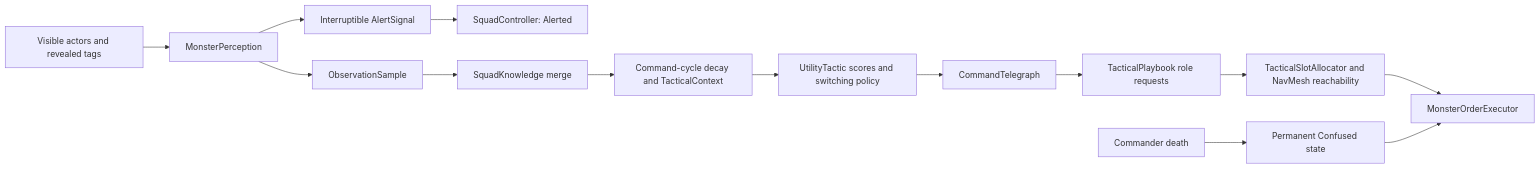
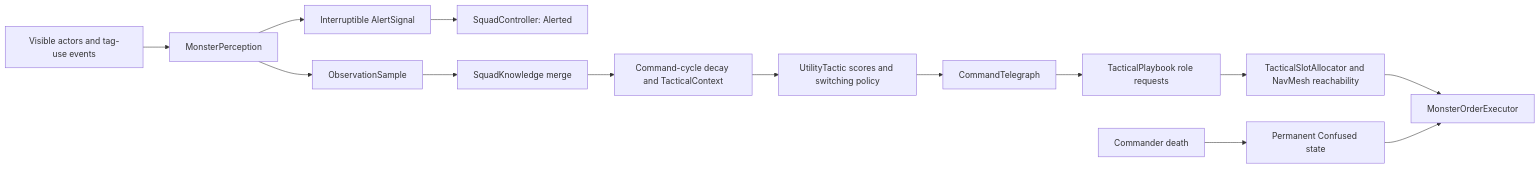
One commit to max4779/Almost-Delivered changed the diagram in docs/commander-ai/architecture.md. Above: the diagram before and after it, drawn with Mermaid. The commit also changed other lines of this file and 22 other files, not shown here.

````diff
--- a/docs/commander-ai/architecture.md
+++ b/docs/commander-ai/architecture.md
@@ -7,16 +7,16 @@
 ```mermaid
 flowchart LR
-    Actors[Visible actors and revealed tags] --> Sight[MonsterPerception]
+    Actors[Visible actors and tag-use events] --> Sight[MonsterPerception]
     Sight --> Alert[Interruptible AlertSignal]
     Alert --> Squad[SquadController: Alerted]
     Sight --> Reports[ObservationSample]
     Reports --> Knowledge[SquadKnowledge merge]
     Knowledge --> Cycle[Command-cycle decay and TacticalContext]
     Cycle --> Utility[UtilityTactic scores and switching policy]
     Utility --> Signal[CommandTelegraph]
     Signal --> Playbook[TacticalPlaybook role requests]
     Playbook --> Slots[TacticalSlotAllocator and NavMesh reachability]
     Slots --> Orders[MonsterOrderExecutor]
     Death[Commander death] --> Confused[Permanent Confused state]
     Confused --> Orders
 ```
````
